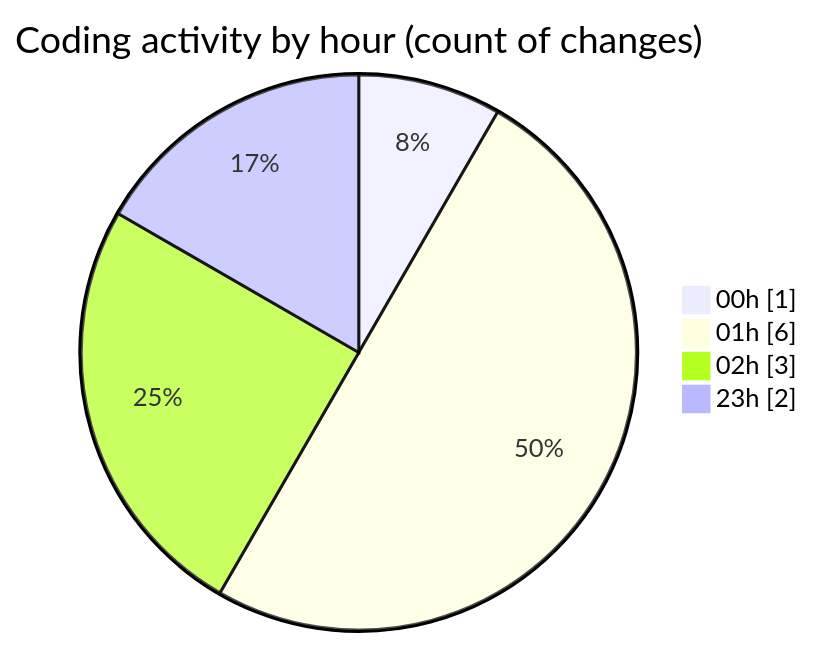
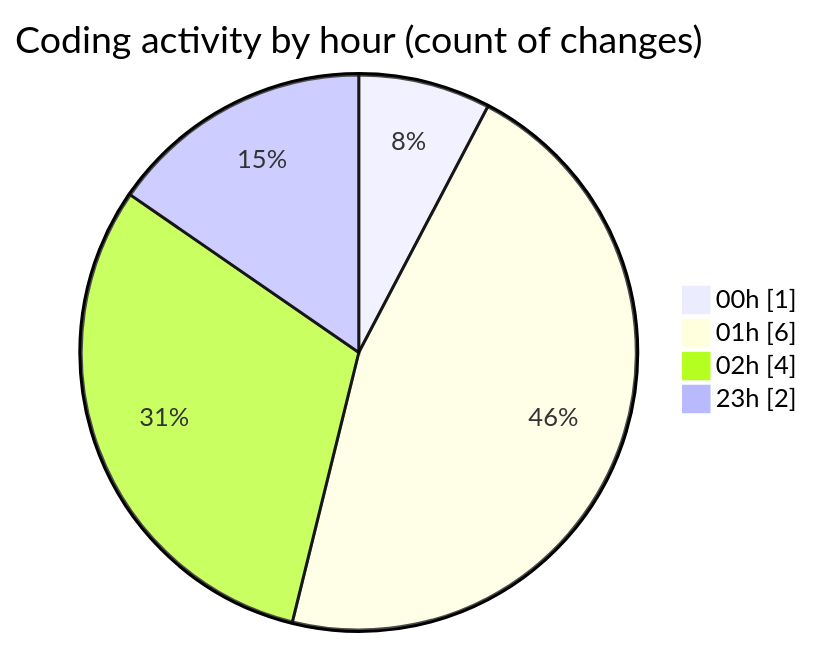
One commit to charlie-sans/code-tracking changed the second of 2 diagrams in 2025-02-19/masm/README.md. Above: the diagram before and after it, drawn with Mermaid. The commit also changed other lines of this file and 1 other file, not shown here.

````diff
--- a/2025-02-19/masm/README.md
+++ b/2025-02-19/masm/README.md
@@ -32,8 +32,8 @@
 ```mermaid
 pie showData
 title Coding activity by hour (count of changes)
 "00h" : 1
 "01h" : 6
-"02h" : 3
+"02h" : 4
 "23h" : 2
 ```
````
